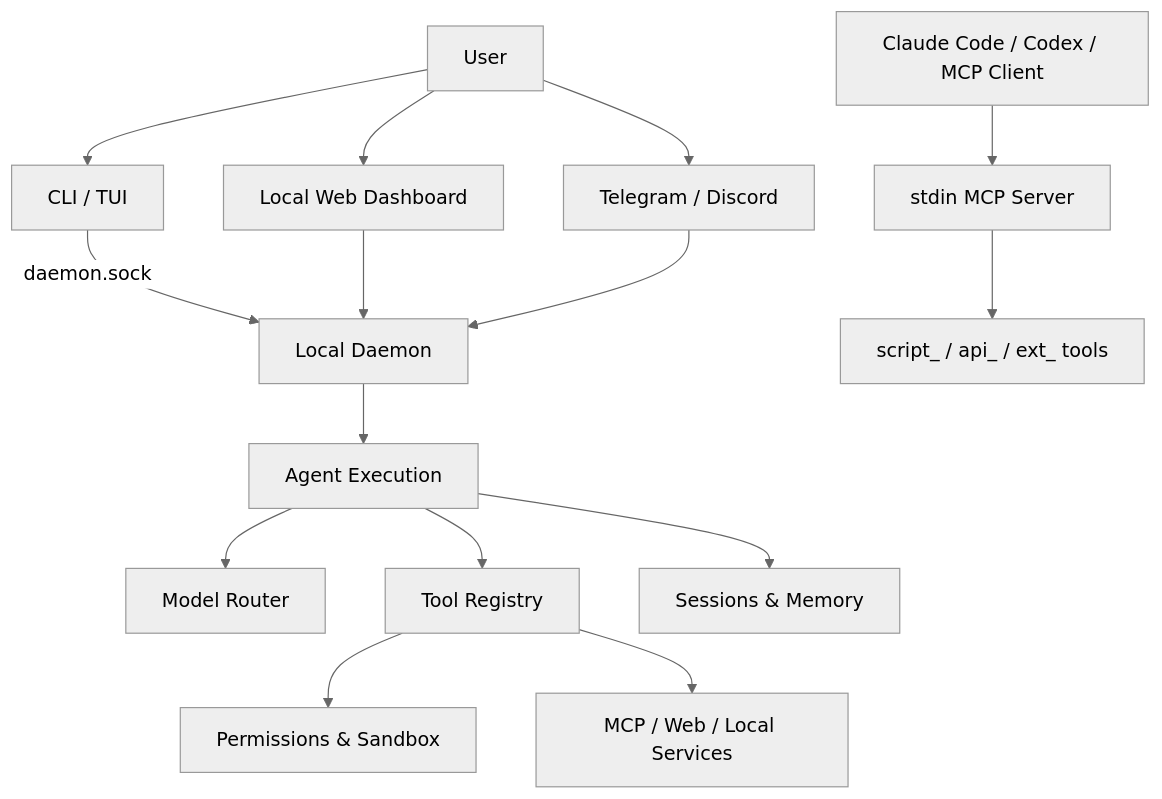
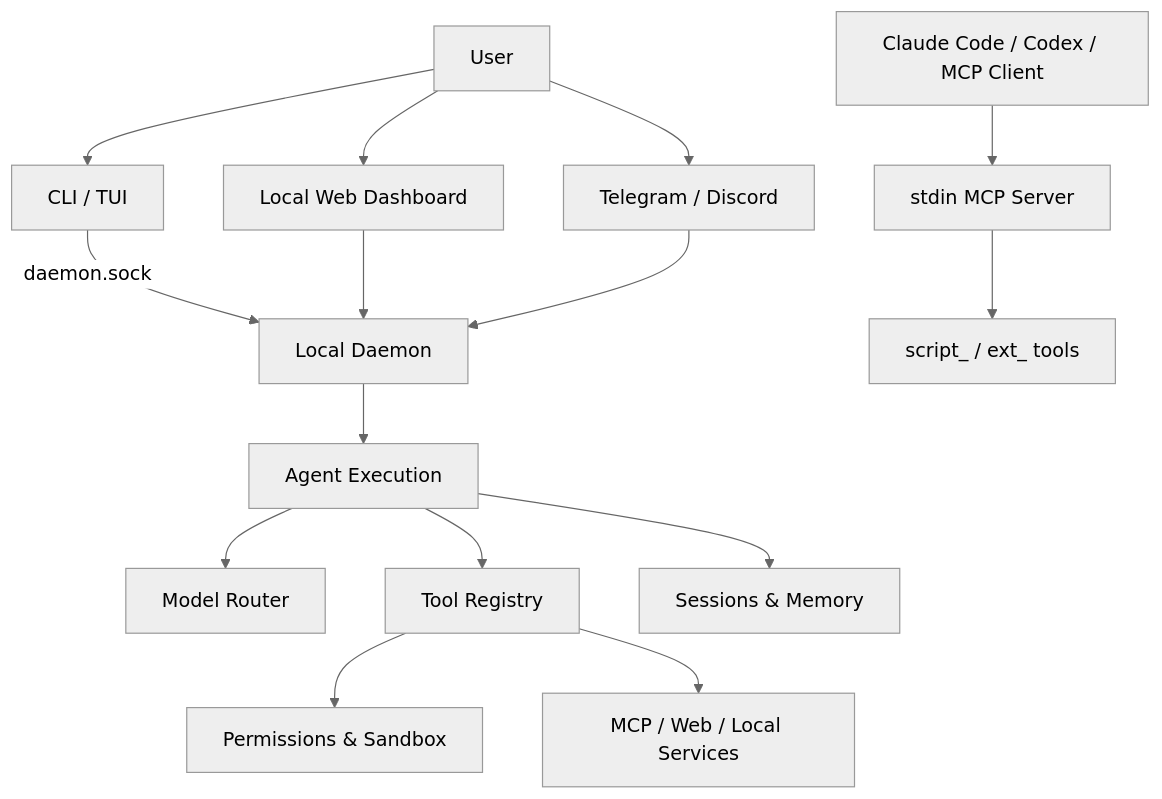
Before and after one commit to pardnchiu/Agenvoy: the first of 10 diagrams in doc/architecture.md, drawn with Mermaid (neutral theme). The commit also changed other lines of this file and 5 other files, not shown here.

Commit message:
doc: Update README and architecture docs for public API lookup, sudo/sandbox escalation, background_command and decision model dispatch

````diff
--- a/doc/architecture.md
+++ b/doc/architecture.md
@@ -11,17 +11,17 @@
 ```mermaid
 graph TB
     User[User] --> TUI[CLI / TUI]
     User --> Dashboard[Local Web Dashboard]
     User --> Channels[Telegram / Discord]
     Client[Claude Code / Codex / MCP Client] --> MCPServer[stdin MCP Server]
     TUI -->|daemon.sock| Daemon[Local Daemon]
     Dashboard --> Daemon
     Channels --> Daemon
     Daemon --> Exec[Agent Execution]
-    MCPServer --> ToolBox[script_ / api_ / ext_ tools]
+    MCPServer --> ToolBox[script_ / ext_ tools]
     Exec --> Router[Model Router]
     Exec --> Tools[Tool Registry]
     Exec --> Sessions[Sessions & Memory]
     Tools --> Guard[Permissions & Sandbox]
     Tools --> External[MCP / Web / Local Services]
 ```
````
